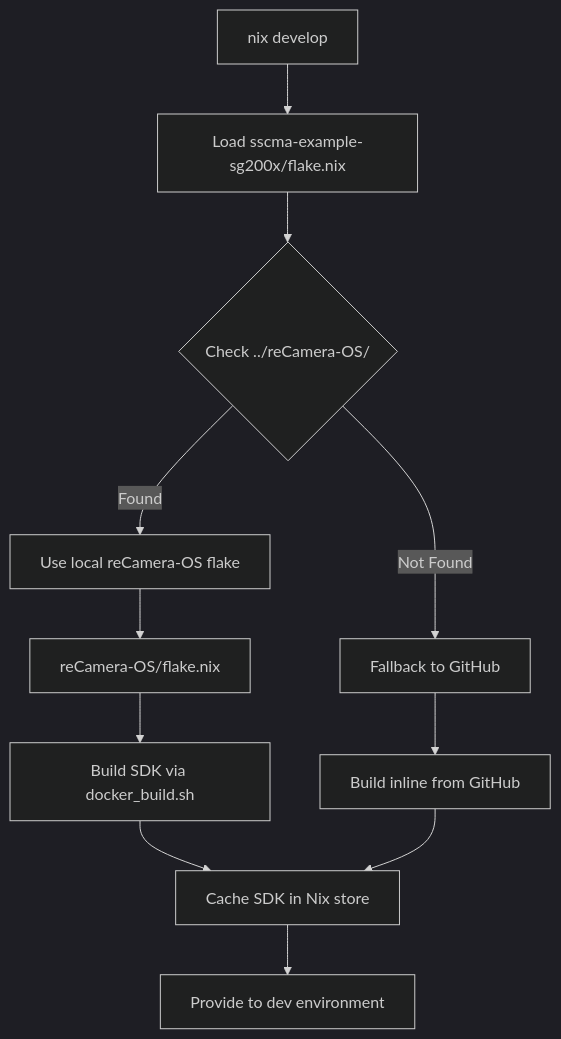
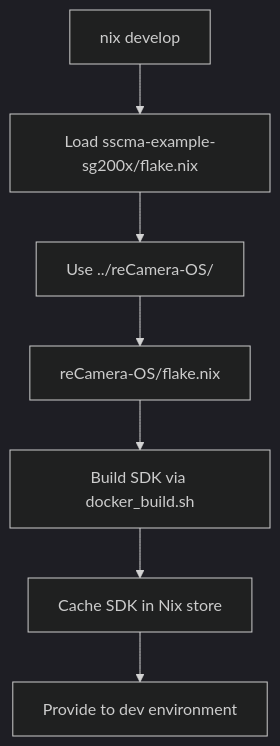
Before and after one commit to ThePoliceRecord/authority-alert: the diagram in sscma-example-sg200x/README.md, drawn with Mermaid (dark theme). The commit also changed other lines of this file and 3 other files, not shown here.

````diff
--- a/sscma-example-sg200x/README.md
+++ b/sscma-example-sg200x/README.md
@@ -34,13 +39,9 @@
 ```mermaid
 graph TD
     A[nix develop] --> B[Load sscma-example-sg200x/flake.nix]
-    B --> C{Check ../reCamera-OS/}
-    C -->|Found| D[Use local reCamera-OS flake]
-    C -->|Not Found| E[Fallback to GitHub]
-    D --> F[reCamera-OS/flake.nix]
-    F --> G[Build SDK via docker_build.sh]
-    G --> H[Cache SDK in Nix store]
-    H --> I[Provide to dev environment]
-    E --> J[Build inline from GitHub]
-    J --> H
+    B --> C[Use ../reCamera-OS/]
+    C --> D[reCamera-OS/flake.nix]
+    D --> E[Build SDK via docker_build.sh]
+    E --> F[Cache SDK in Nix store]
+    F --> G[Provide to dev environment]
 ```
````
